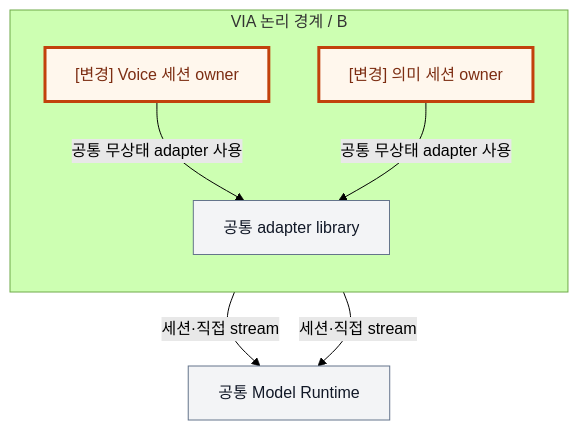
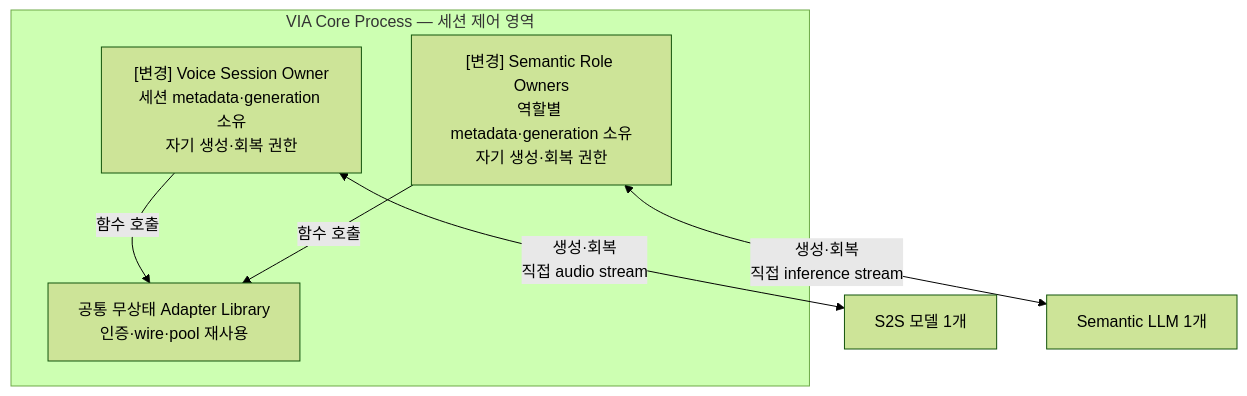
The third of 4 diagrams in docs/architecture/12-decisions/via-dp-10-model-session-authority.md (cbyche/via-sw-architecture), drawn with Mermaid (forest theme) before and after one commit. The commit also changed other lines of this file and 59 other files, not shown here.

Commit message:
docs: consolidate comprehensive VIA decision inventory and implementation diagrams

````diff
--- a/docs/architecture/12-decisions/via-dp-10-model-session-authority.md
+++ b/docs/architecture/12-decisions/via-dp-10-model-session-authority.md
@@ -71,15 +81,11 @@
 ```mermaid
 flowchart TB
- subgraph V["VIA 논리 경계 / B"]
- direction TB
- R["[변경] Voice 세션 owner"] -->|공통 무상태 adapter 사용| L["공통 adapter library"]
- C["[변경] 의미 세션 owner"] -->|공통 무상태 adapter 사용| L
+ subgraph V["VIA Core Process — 세션 제어 영역"]
+ W["[변경] Voice Session Owner<br/>세션 metadata·generation 소유<br/>자기 생성·회복 권한"]
+ C["[변경] Semantic Role Owners<br/>역할별 metadata·generation 소유<br/>자기 생성·회복 권한"]
+ W -->|"함수 호출"| L["공통 무상태 Adapter Library<br/>인증·wire·pool 재사용"]
+ C -->|"함수 호출"| L
  end
- R -->|세션·직접 stream| M["공통 Model Runtime"]
- C -->|세션·직접 stream| M
-
-classDef common fill:#F3F4F6,stroke:#64748B,color:#111827;
-classDef change fill:#FFF7ED,stroke:#C2410C,stroke-width:3px,color:#7C2D12;
-class L,M common;
-class R,C change;
+ W <-->|"생성·회복<br/>직접 audio stream"| S["S2S 모델 1개"]
+ C <-->|"생성·회복<br/>직접 inference stream"| M["Semantic LLM 1개"]
 ```
````
